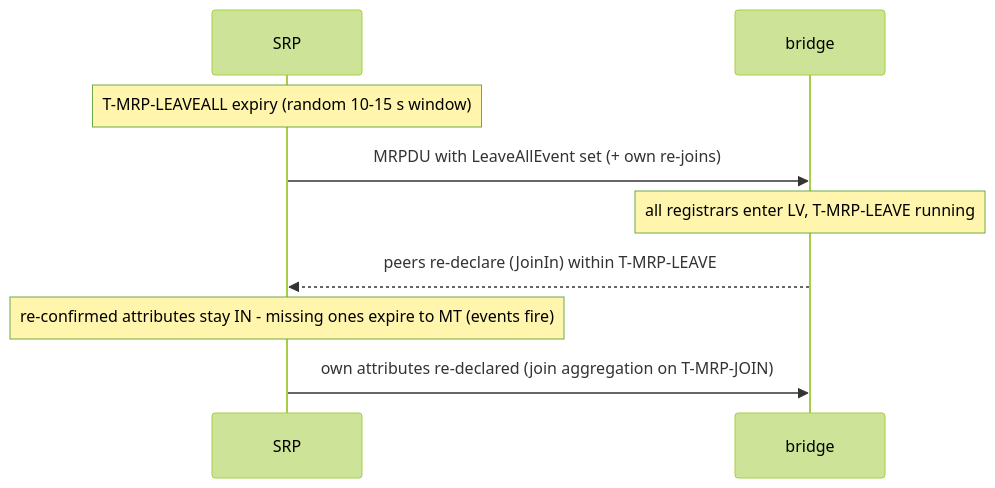
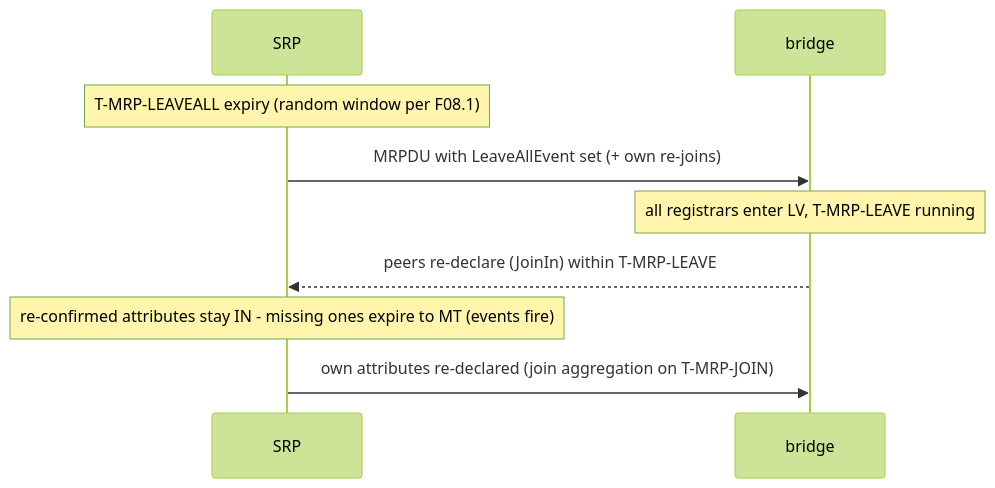
One commit to Mister-M-alt/protocol-processor-control-plane-avb-milan changed the sixth of 6 diagrams in docs/architecture/10_srp_engine.md. Above: the diagram before and after it, drawn with Mermaid (forest theme). The commit also changed other lines of this file and 9 other files, not shown here.

````diff
--- a/docs/architecture/10_srp_engine.md
+++ b/docs/architecture/10_srp_engine.md
@@ -246,11 +295,11 @@
 ```mermaid
 sequenceDiagram
     participant SRP
     participant NET as bridge
-    Note over SRP: T-MRP-LEAVEALL expiry (random 10-15 s window)
+    Note over SRP: T-MRP-LEAVEALL expiry (random window per F08.1)
     SRP->>NET: MRPDU with LeaveAllEvent set (+ own re-joins)
     Note over NET: all registrars enter LV, T-MRP-LEAVE running
     NET-->>SRP: peers re-declare (JoinIn) within T-MRP-LEAVE
     Note over SRP: re-confirmed attributes stay IN - missing ones expire to MT (events fire)
     SRP->>NET: own attributes re-declared (join aggregation on T-MRP-JOIN)
 ```
````
